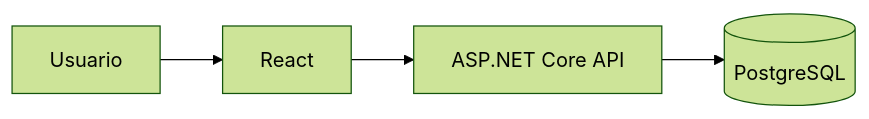
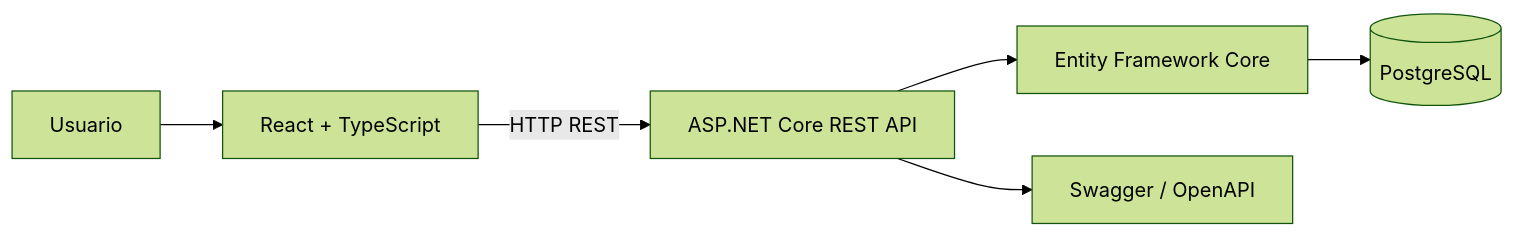
The diagram in docs/component-diagram.md (RichiPodesta1113/online-exams), drawn with Mermaid (forest theme) before and after one commit. The commit also changed other lines of this file and 26 other files, not shown here.

````diff
--- a/docs/component-diagram.md
+++ b/docs/component-diagram.md
@@ -2,4 +3,15 @@
 ```mermaid
 flowchart LR
- U[Usuario] --> FE[React] --> API[ASP.NET Core API] --> DB[(PostgreSQL)]
+    U[Usuario]
+    FE[React + TypeScript]
+    API[ASP.NET Core REST API]
+    EF[Entity Framework Core]
+    DB[(PostgreSQL)]
+    SW[Swagger / OpenAPI]
+
+    U --> FE
+    FE -->|HTTP REST| API
+    API --> EF
+    EF --> DB
+    API --> SW
 ```
````
